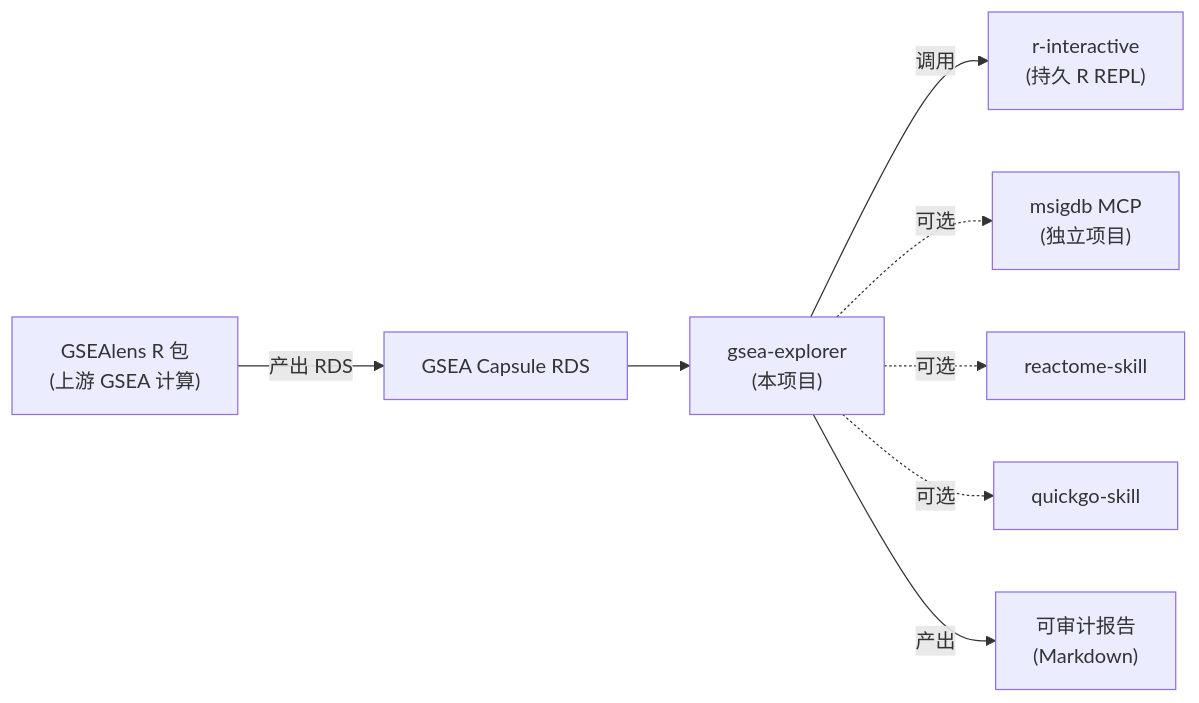
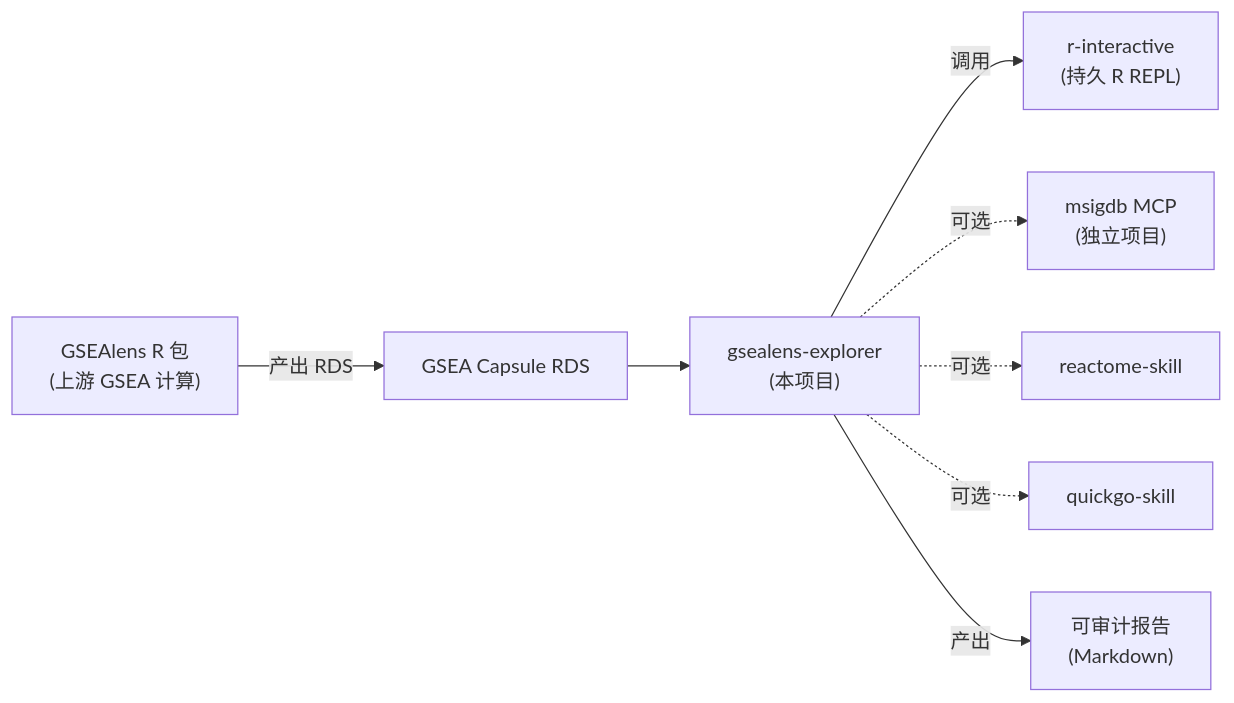
One commit to DDL095/gsea-explorer changed the third of 4 diagrams in README.md. Above: the diagram before and after it, drawn with Mermaid. The commit also changed other lines of this file and 25 other files, not shown here.

First line of the commit message:
refactor!: rename project gsea-explorer -> gsealens-explorer

````diff
--- a/README.md
+++ b/README.md
@@ -157,10 +157,10 @@
 ```mermaid
 flowchart LR
     GSEAlens["GSEAlens R 包<br/>(上游 GSEA 计算)"] -->|产出 RDS| Capsule["GSEA Capsule RDS"]
-    Capsule --> Explorer["gsea-explorer<br/>(本项目)"]
+    Capsule --> Explorer["gsealens-explorer<br/>(本项目)"]
     Explorer -->|调用| R["r-interactive<br/>(持久 R REPL)"]
     Explorer -.可选.-> MSigDB["msigdb MCP<br/>(独立项目)"]
     Explorer -.可选.-> Reactome["reactome-skill"]
     Explorer -.可选.-> QuickGO["quickgo-skill"]
     Explorer -->|产出| Report["可审计报告<br/>(Markdown)"]
 ```
````
